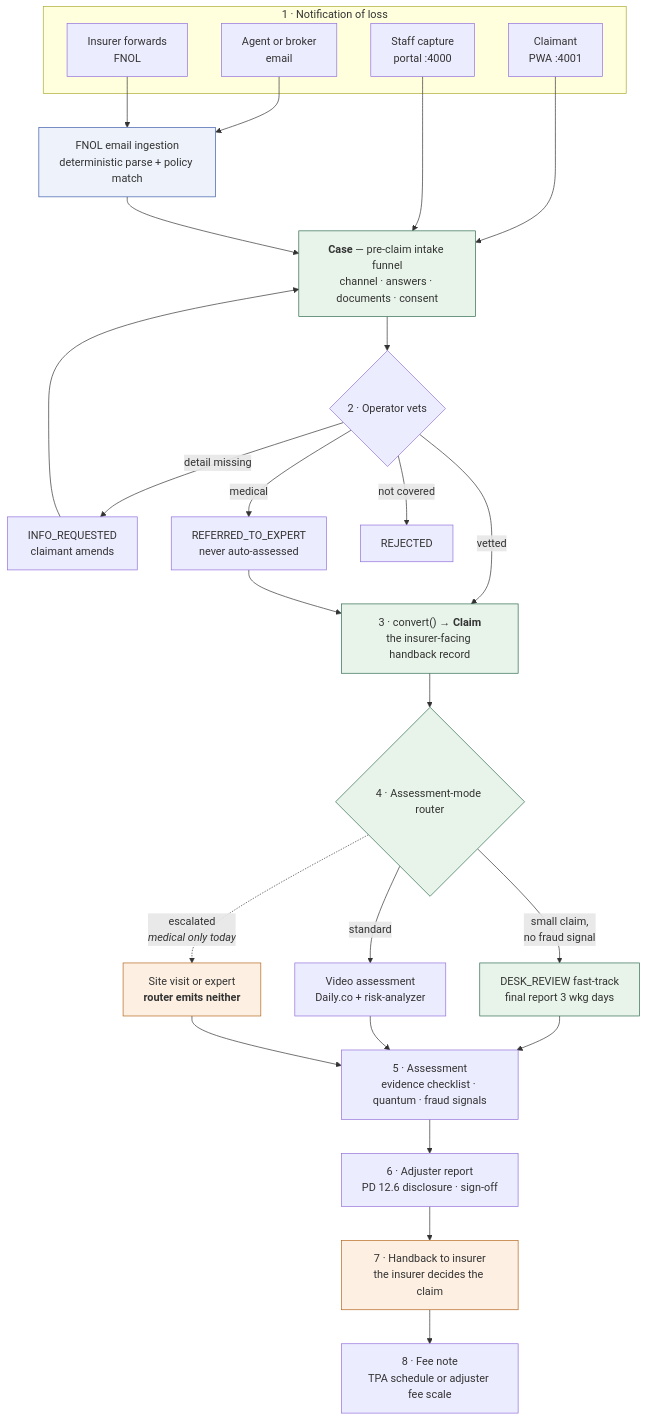
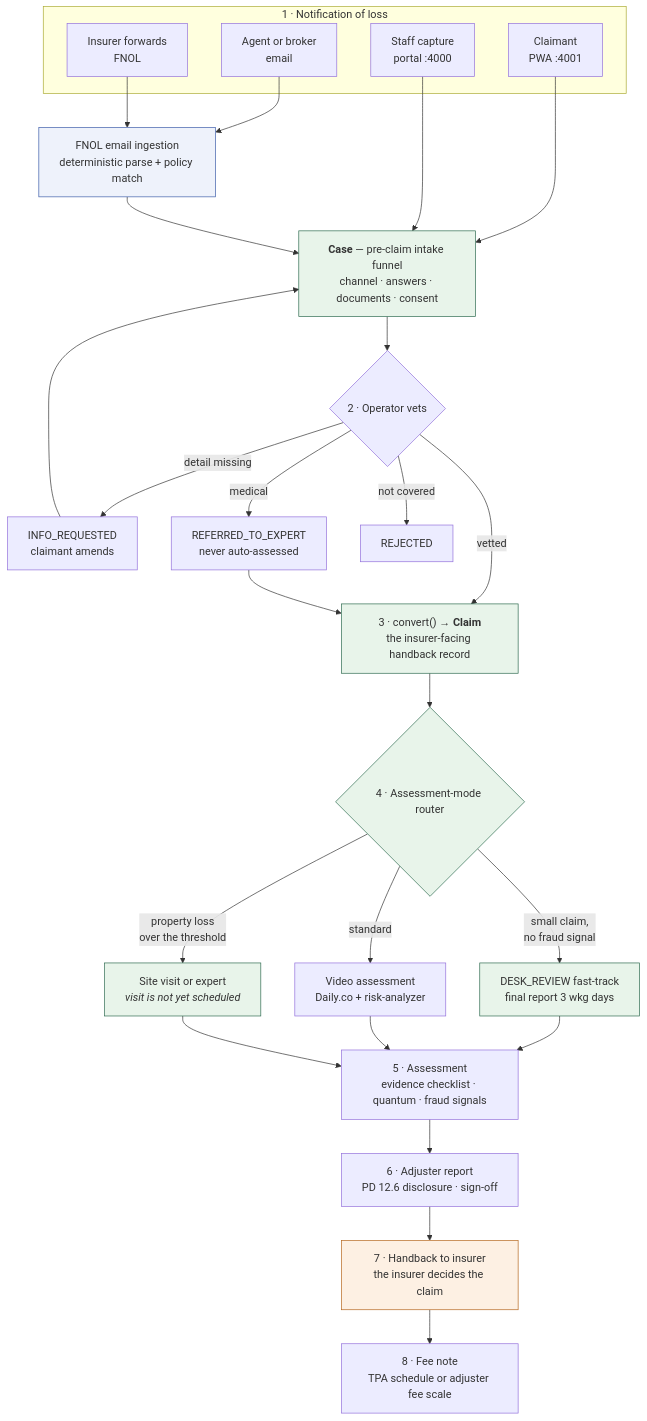
Before and after one commit to leobarcove/true-claim-insight: the first of 11 diagrams in docs/USER_FLOWS.md, drawn with Mermaid. The commit also changed other lines of this file and 12 other files, not shown here.

First line of the commit message:
feat(assessment): route a property loss to the adjuster who can see it

````diff
--- a/docs/USER_FLOWS.md
+++ b/docs/USER_FLOWS.md
@@ -18,67 +18,67 @@
 ```mermaid
 flowchart TD
     subgraph INTAKE["1 · Notification of loss"]
         C1["`Claimant
 PWA :4001`"]
         C2["`Agent or broker
 email`"]
         C3["`Insurer forwards
 FNOL`"]
         C4["`Staff capture
 portal :4000`"]
     end
 
     C1 --> CASE
     C2 --> ING["`FNOL email ingestion
 deterministic parse + policy match`"]
     C3 --> ING
     C4 --> CASE
     ING --> CASE
 
     CASE["`**Case** — pre-claim intake funnel
 channel · answers · documents · consent`"]
 
     CASE --> VET{"2 · Operator vets"}
     VET -->|"detail missing"| INFO["`INFO_REQUESTED
 claimant amends`"]
     INFO --> CASE
     VET -->|"medical"| EXP["`REFERRED_TO_EXPERT
 never auto-assessed`"]
     VET -->|"not covered"| REJ["REJECTED"]
     VET -->|"vetted"| CONV
     EXP --> CONV
 
     CONV["`3 · convert() → **Claim**
 the insurer-facing handback record`"]
 
     CONV --> MODE{"4 · Assessment-mode router"}
     MODE -->|"`small claim,
 no fraud signal`"| DESK["`DESK_REVIEW fast-track
 final report 3 wkg days`"]
     MODE -->|"standard"| VIDEO["`Video assessment
 Daily.co + risk-analyzer`"]
-    MODE -.->|"`escalated
-*medical only today*`"| SITE["`Site visit or expert
-**router emits neither**`"]
+    MODE -->|"`property loss
+over the threshold`"| SITE["`Site visit or expert
+*visit is not yet scheduled*`"]
 
     DESK --> ASSESS
     VIDEO --> ASSESS
     SITE --> ASSESS
 
     ASSESS["`5 · Assessment
 evidence checklist · quantum · fraud signals`"]
     ASSESS --> REPORT["`6 · Adjuster report
 PD 12.6 disclosure · sign-off`"]
     REPORT --> HANDBACK["`7 · Handback to insurer
 the insurer decides the claim`"]
     HANDBACK --> BILL["`8 · Fee note
 TPA schedule or adjuster fee scale`"]
 
     style CASE fill:#e8f4ea,stroke:#2d6a4f
     style CONV fill:#e8f4ea,stroke:#2d6a4f
     style MODE fill:#e8f4ea,stroke:#2d6a4f
     style DESK fill:#e8f4ea,stroke:#2d6a4f
-    style SITE fill:#fdf0e3,stroke:#b5651d
+    style SITE fill:#e8f4ea,stroke:#2d6a4f
     style HANDBACK fill:#fdf0e3,stroke:#b5651d
     style ING fill:#eef2fb,stroke:#3b5bA9
 ```
````
